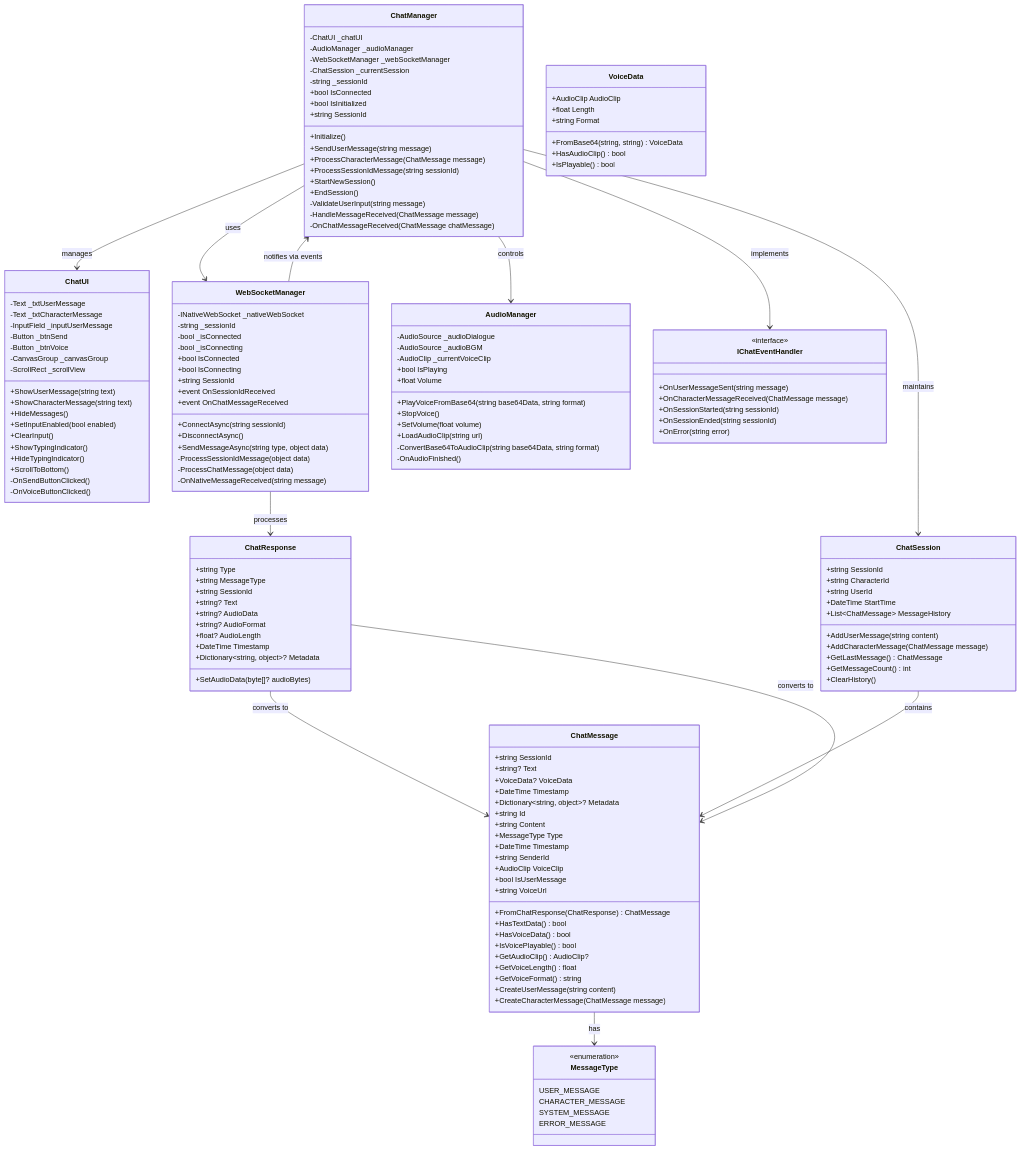
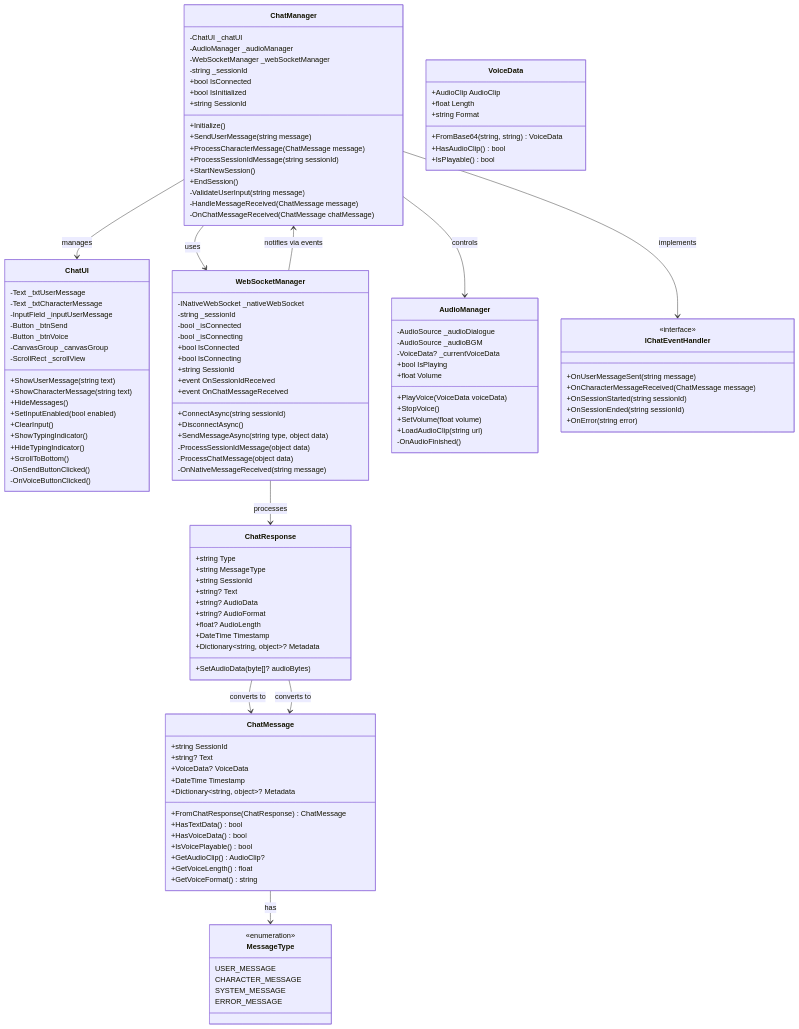
The first of 2 diagrams in Assets/Docs/Chat_System_Design_v2.md (ProjectVG/ProjectVG-Client), drawn with Mermaid before and after one commit. The commit also changed other lines of this file, not shown here.

````diff
--- a/Assets/Docs/Chat_System_Design_v2.md
+++ b/Assets/Docs/Chat_System_Design_v2.md
@@ -25,7 +25,6 @@
         -ChatUI _chatUI
         -AudioManager _audioManager
         -WebSocketManager _webSocketManager
-        -ChatSession _currentSession
         -string _sessionId
         +bool IsConnected
         +bool IsInitialized
@@ -85,14 +84,13 @@
     class AudioManager {
         -AudioSource _audioDialogue
         -AudioSource _audioBGM
-        -AudioClip _currentVoiceClip
+        -VoiceData? _currentVoiceData
         +bool IsPlaying
         +float Volume
-        +PlayVoiceFromBase64(string base64Data, string format)
+        +PlayVoice(VoiceData voiceData)
         +StopVoice()
         +SetVolume(float volume)
         +LoadAudioClip(string url)
-        -ConvertBase64ToAudioClip(string base64Data, string format)
         -OnAudioFinished()
     }
 
@@ -136,31 +134,7 @@
 
 
 
-    class ChatSession {
-        +string SessionId
-        +string CharacterId
-        +string UserId
-        +DateTime StartTime
-        +List~ChatMessage~ MessageHistory
-        +AddUserMessage(string content)
-        +AddCharacterMessage(ChatMessage message)
-        +GetLastMessage() ChatMessage
-        +GetMessageCount() int
-        +ClearHistory()
-    }
 
-    class ChatMessage {
-        +string Id
-        +string Content
-        +MessageType Type
-        +DateTime Timestamp
-        +string SenderId
-        +AudioClip VoiceClip
-        +bool IsUserMessage
-        +string VoiceUrl
-        +CreateUserMessage(string content)
-        +CreateCharacterMessage(ChatMessage message)
-    }
 
     %% Enums
     class MessageType {
@@ -185,14 +159,14 @@
     ChatManager --> ChatUI : manages
     ChatManager --> AudioManager : controls
     ChatManager --> WebSocketManager : uses
-    ChatManager --> ChatSession : maintains
+
     ChatManager --> IChatEventHandler : implements
 
     WebSocketManager --> ChatResponse : processes
     WebSocketManager --> ChatManager : notifies via events
     ChatResponse --> ChatMessage : converts to
 
-    ChatSession --> ChatMessage : contains
+
     ChatMessage --> MessageType : has
     ChatResponse --> ChatMessage : converts to
 ```
````
